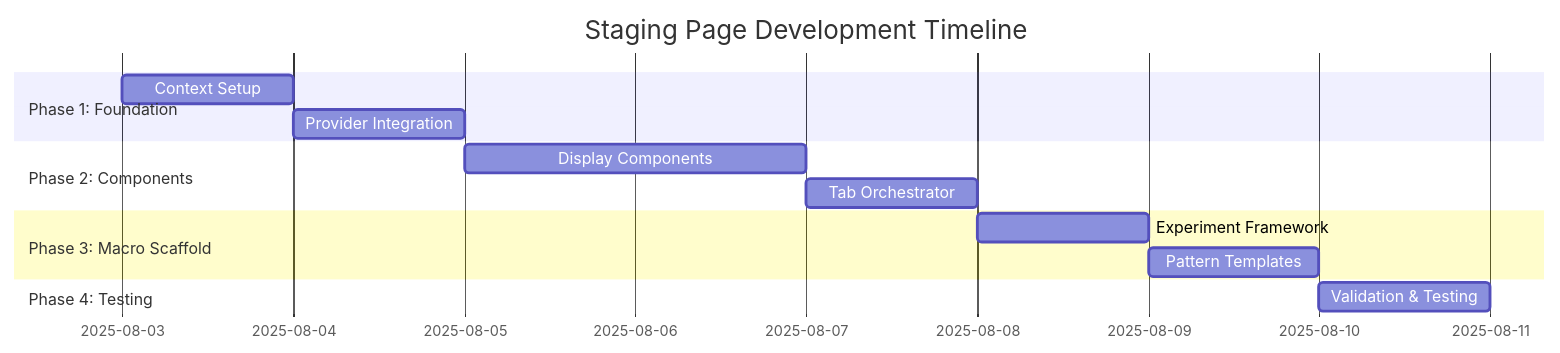
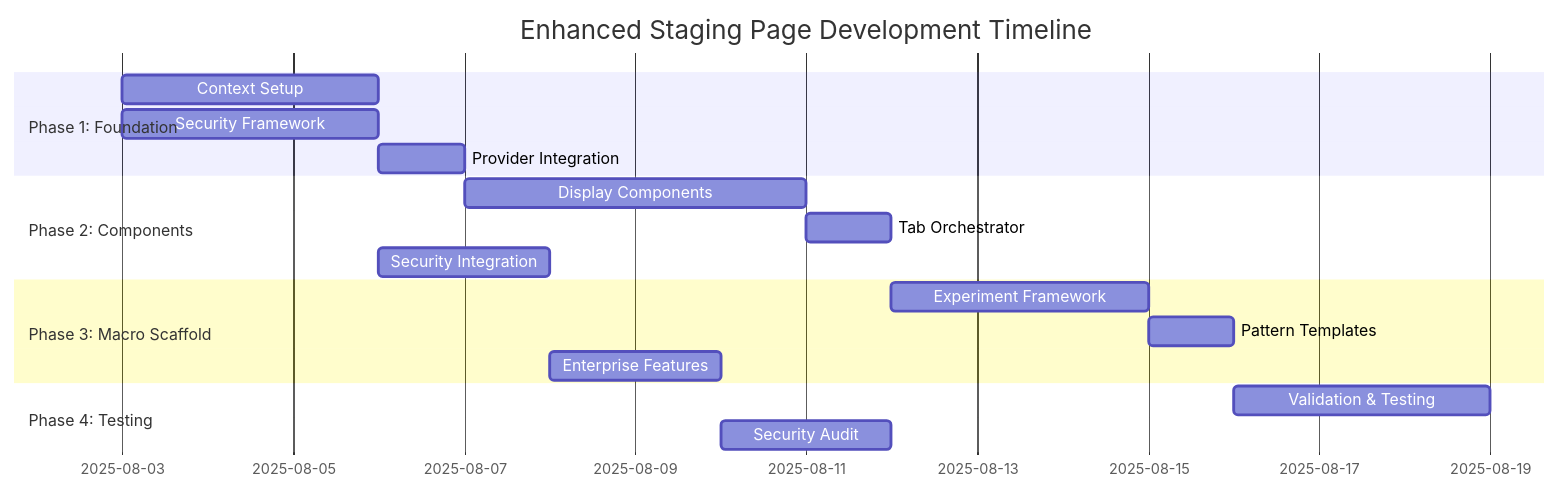
Before and after one commit to AnthonyVo1987/studio: the diagram in docs/macro-re-architecture/staging-page-prd.md, drawn with Mermaid. The commit also changed other lines of this file and 7 other files, not shown here.

````diff
--- a/docs/macro-re-architecture/staging-page-prd.md
+++ b/docs/macro-re-architecture/staging-page-prd.md
@@ -426,16 +674,20 @@
 ```mermaid
 gantt
-    title Staging Page Development Timeline
+    title Enhanced Staging Page Development Timeline
     dateFormat  YYYY-MM-DD
     section Phase 1: Foundation
-    Context Setup           :a1, 2025-08-03, 1d
-    Provider Integration    :a2, after a1, 1d
+    Context Setup           :a1, 2025-08-03, 3d
+    Security Framework      :a2, 2025-08-03, 3d
+    Provider Integration    :a3, after a1, 1d
     section Phase 2: Components
-    Display Components      :b1, after a2, 2d
+    Display Components      :b1, after a3, 4d
     Tab Orchestrator       :b2, after b1, 1d
+    Security Integration   :b3, after a2, 2d
     section Phase 3: Macro Scaffold
-    Experiment Framework   :c1, after b2, 1d
+    Experiment Framework   :c1, after b2, 3d
     Pattern Templates      :c2, after c1, 1d
+    Enterprise Features    :c3, after b3, 2d
     section Phase 4: Testing
-    Validation & Testing   :d1, after c2, 1d
+    Validation & Testing   :d1, after c2, 3d
+    Security Audit         :d2, after c3, 2d
 ```
````
